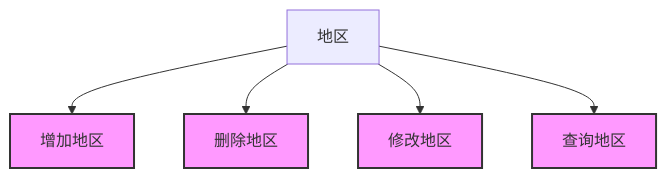
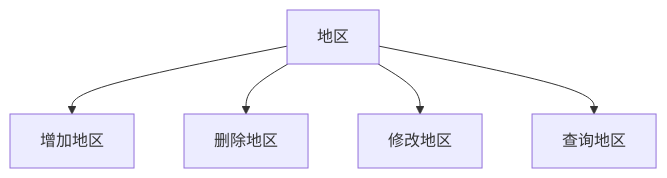
One commit to FirmamentWu/java- changed the eighth of 16 diagrams in README.md. Above: the diagram before and after it, drawn with Mermaid. The commit also changed other lines of this file, not shown here.

````diff
--- a/README.md
+++ b/README.md
@@ -256,11 +247,8 @@
 ```mermaid
 graph TD
     A[地区] --> B[增加地区]
     A --> C[删除地区]
     A --> D[修改地区]
     A --> E[查询地区]
-    style B fill:#f9f,stroke:#333,stroke-width:2px;
-    style C fill:#f9f,stroke:#333,stroke-width:2px;
-    style D fill:#f9f,stroke:#333,stroke-width:2px;
-    style E fill:#f9f,stroke:#333,stroke-width:2px;
+    
 ```
````
